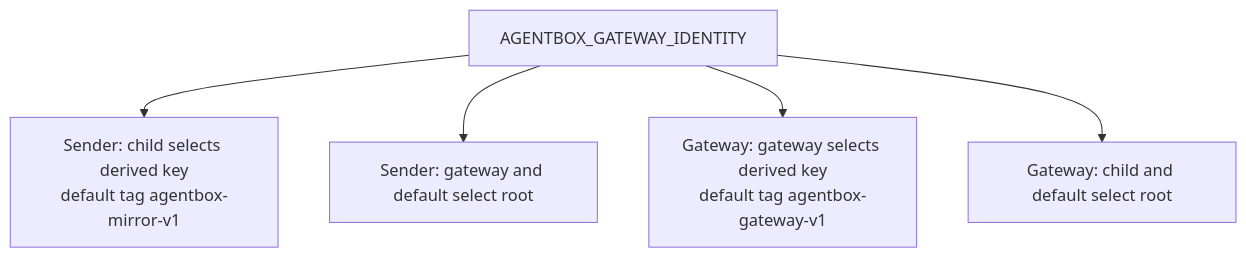
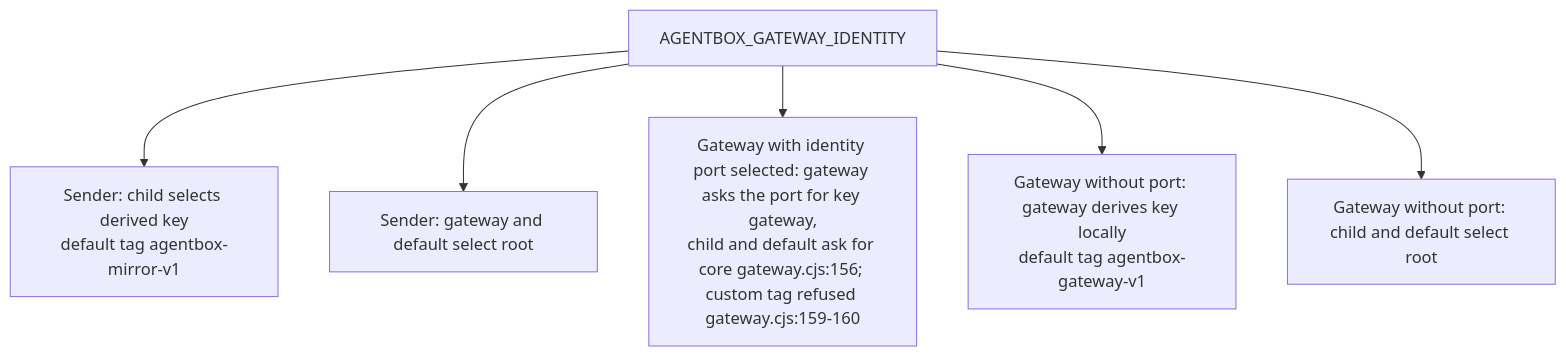
Before and after one commit to DreamLab-AI/VisionFlow: the third of 4 diagrams in docs/diagrams/nostr-rust-forum/21-subkey-parity-and-identity-lifecycle.md, drawn with Mermaid. The commit also changed 1 other file, not shown here.

Commit message:
diagrams(nostr-rust-forum): fix skeptic findings on NF-21.3 and NF-26.4/26.8
- NF-26.8: mark ADR-2017:262 as DOC-DRIFT (still records the fold_deletions
  comments as left alone, nip_handlers.rs:2942); cite the comments at
  admin_events.rs:18 and nip_handlers.rs:2941; drop the unsourced PR #99 claim.
- NF-26.4: cite the NIP-98/body validation (admin_events.rs:233-249) and the
  NotFound/Skipped disposition (274-276) instead of the signature and lookup.
- NF-21.3: draw the gateway's identity-port branch (gateway.cjs:158-166),
  including the refusal of a custom key tag.

````diff
--- a/docs/diagrams/nostr-rust-forum/21-subkey-parity-and-identity-lifecycle.md
+++ b/docs/diagrams/nostr-rust-forum/21-subkey-parity-and-identity-lifecycle.md
@@ -75,17 +75,20 @@
 ```mermaid
 flowchart TB
     %% Source: ../project/agentbox/config/nostr-gateway/nostr-send.cjs:39
     A["AGENTBOX_GATEWAY_IDENTITY"]
     %% Source: ../project/agentbox/config/nostr-gateway/nostr-send.cjs:41
     B["Sender: child selects derived key<br/>default tag agentbox-mirror-v1"]
     %% Source: ../project/agentbox/config/nostr-gateway/nostr-send.cjs:45
     C["Sender: gateway and default select root"]
+    %% Source: ../project/agentbox/config/nostr-gateway/gateway.cjs:158
+    P["Gateway with identity port selected: gateway asks the port for key gateway,<br/>child and default ask for core gateway.cjs:156; custom tag refused gateway.cjs:159-160"]
     %% Source: ../project/agentbox/config/nostr-gateway/gateway.cjs:172
-    D["Gateway: gateway selects derived key<br/>default tag agentbox-gateway-v1"]
+    D["Gateway without port: gateway derives key locally<br/>default tag agentbox-gateway-v1"]
     %% Source: ../project/agentbox/config/nostr-gateway/gateway.cjs:174
-    E["Gateway: child and default select root"]
+    E["Gateway without port: child and default select root"]
     A --> B
     A --> C
+    A --> P
     A --> D
     A --> E
 ```
````
